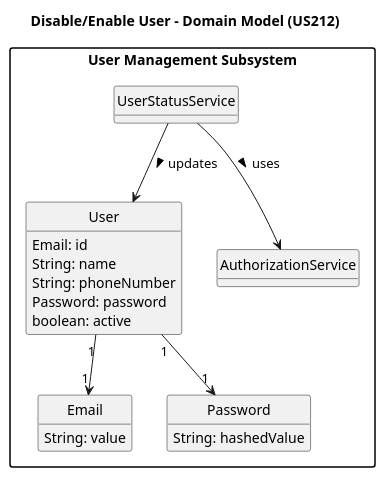
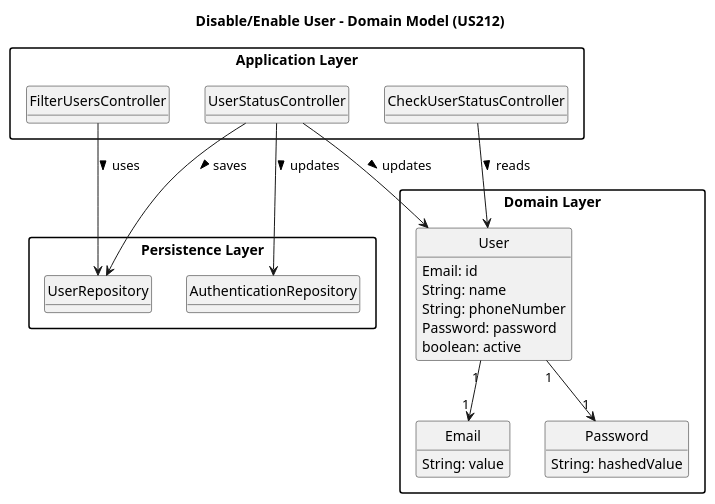
One commit to SAEmanuel/Shodrone_ISEP changed the diagram in docs/planning/sprint2/EAPLI/US212 - Disable or enable users/02.analysis/puml/us212-domain-model.puml. Above: the diagram before and after it, drawn with PlantUML. The commit also changed 12 other files, not shown here.

```diff
--- a/docs/planning/sprint2/EAPLI/US212 - Disable or enable users/02.analysis/puml/us212-domain-model.puml
+++ b/docs/planning/sprint2/EAPLI/US212 - Disable or enable users/02.analysis/puml/us212-domain-model.puml
@@ -1,45 +1,64 @@
 @startuml
 
 skinparam monochrome true
 skinparam packageStyle rectangle
 skinparam shadowing false
 
 title Disable/Enable User - Domain Model (US212)
 
 hide circles
 hide methods
 
-package "User Management Subsystem" {
-
+package "Domain Layer" {
     class User {
         Email: id
         String: name
         String: phoneNumber
         Password: password
         boolean: active
+
+        +activate()
+        +deactivate()
+        +isActive(): boolean
     }
 
     class Email {
         String: value
     }
 
     class Password {
         String: hashedValue
     }
 
-    class UserStatusService {
-        +toggleUserStatus(userId, desiredStatus)
+    User "1" --> "1" Email
+    User "1" --> "1" Password
+}
+
+package "Application Layer" {
+    class FilterUsersController {
+        +getUsersByFilter(filterIndex): List<User>
     }
 
-    class AuthorizationService {
-        +isAdmin(userId): boolean
-        +isSelfOperation(adminId, targetUserId): boolean
+    class CheckUserStatusController {
+        +isUserActive(user): boolean
     }
 
-    UserStatusService --> User : updates >
-    User "1" --> "1" Email
-    User "1" --> "1" Password
-    UserStatusService --> AuthorizationService : uses >
+    class UserStatusController {
+        +changeUserStatus(user, activate): boolean
+        +activateUser(user): boolean
+        +deactivateUser(user): boolean
+    }
 }
 
+package "Persistence Layer" {
+    class UserRepository
+    class AuthenticationRepository
+}
+
+FilterUsersController --> UserRepository : uses >
+CheckUserStatusController --> User : reads >
+UserStatusController --> User : updates >
+UserStatusController --> UserRepository : saves >
+UserStatusController --> AuthenticationRepository : updates >
+
 @enduml
```
